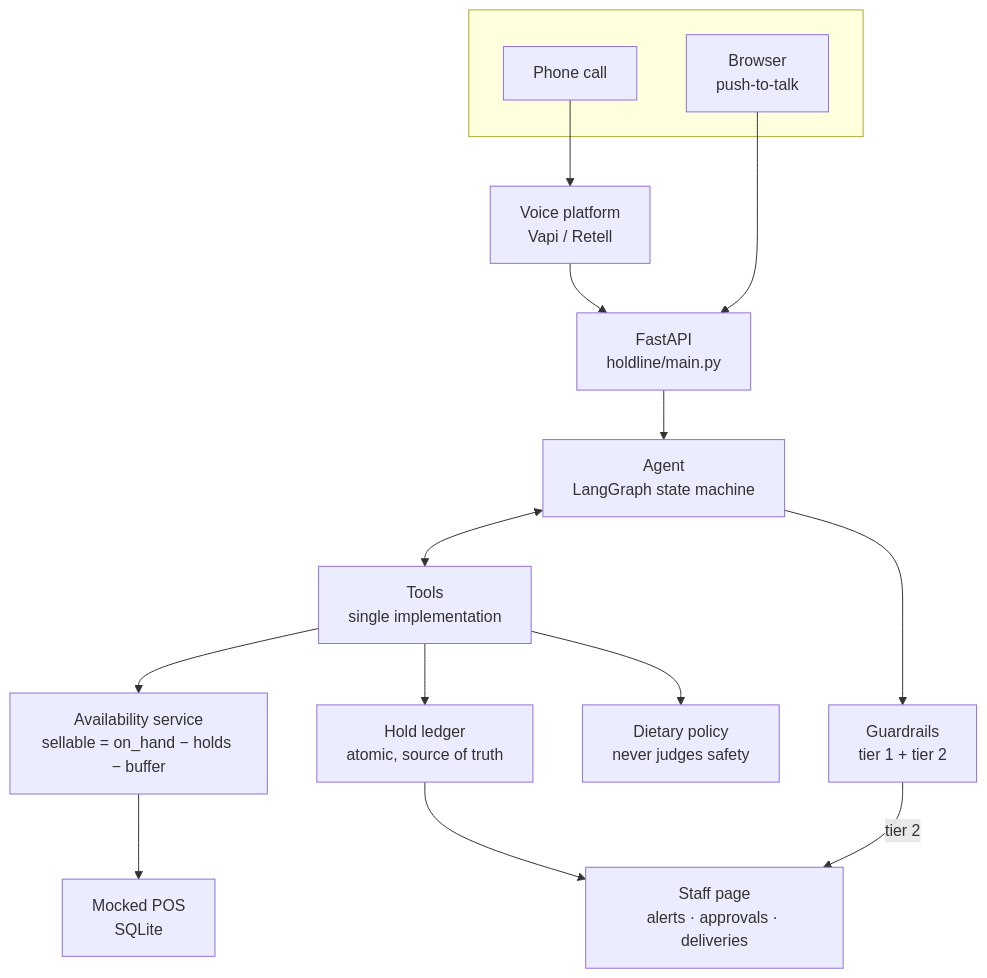
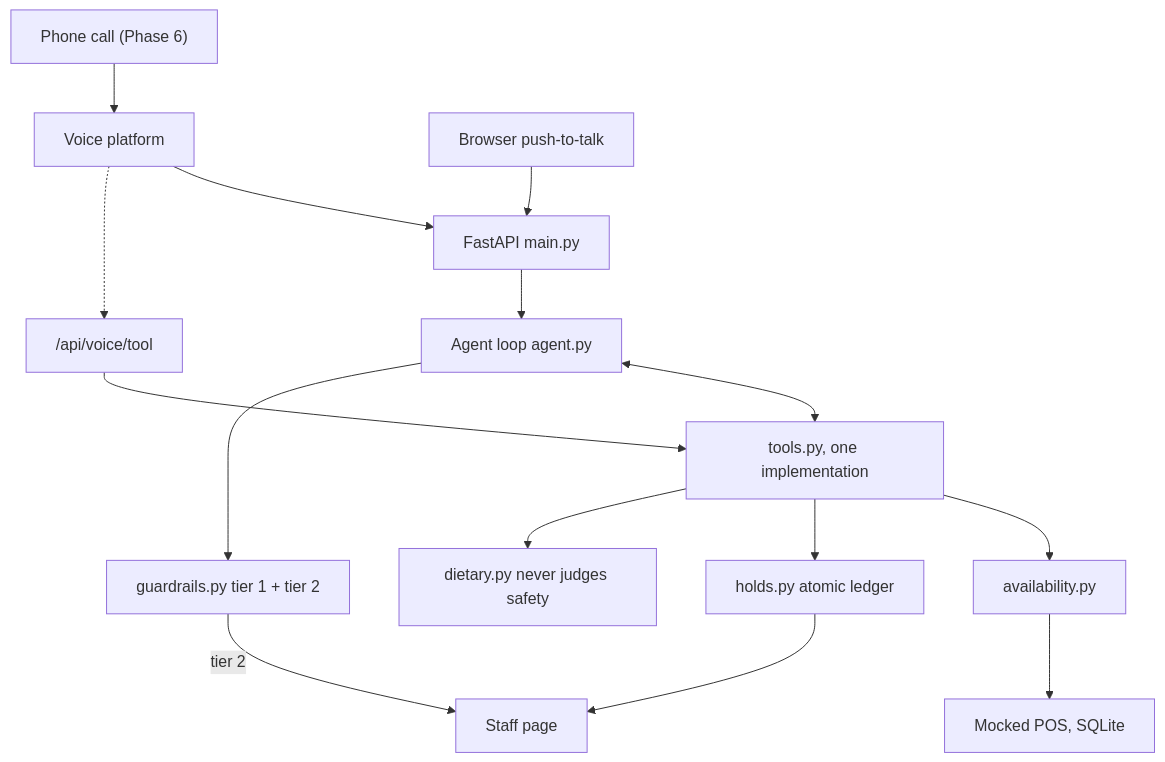
One commit to Bhavani-abhavi/Holdline changed the diagram in README.md. Above: the diagram before and after it, drawn with Mermaid. The commit also changed other lines of this file and 35 other files, not shown here.

````diff
--- a/README.md
+++ b/README.md
@@ -98,32 +49,13 @@
 ```mermaid
 flowchart TB
-    subgraph clients [" "]
-        PHONE["Phone call"]
-        BROWSER["Browser<br/>push-to-talk"]
-    end
-
-    VOICE["Voice platform<br/>Vapi / Retell"]
-    API["FastAPI<br/>holdline/main.py"]
-    AGENT["Agent<br/>LangGraph state machine"]
-    GUARD["Guardrails<br/>tier 1 + tier 2"]
-    TOOLS["Tools<br/>single implementation"]
-
-    AVAIL["Availability service<br/>sellable = on_hand − holds − buffer"]
-    LEDGER["Hold ledger<br/>atomic, source of truth"]
-    DIET["Dietary policy<br/>never judges safety"]
-    POS["Mocked POS<br/>SQLite"]
-
-    STAFF["Staff page<br/>alerts · approvals · deliveries"]
-
-    PHONE --> VOICE --> API
-    BROWSER --> API
-    API --> AGENT
-    AGENT <--> TOOLS
-    AGENT --> GUARD
-    GUARD -->|tier 2| STAFF
-    TOOLS --> AVAIL
-    TOOLS --> LEDGER
-    TOOLS --> DIET
-    AVAIL --> POS
-    LEDGER --> STAFF
+    PHONE["Phone call (Phase 6)"] --> VOICE["Voice platform"] --> API
+    BROWSER["Browser push-to-talk"] --> API["FastAPI main.py"]
+    API --> AGENT["Agent loop agent.py"]
+    AGENT <--> TOOLS["tools.py, one implementation"]
+    AGENT --> GUARD["guardrails.py tier 1 + tier 2"]
+    GUARD -->|tier 2| STAFF["Staff page"]
+    TOOLS --> AVAIL["availability.py"] --> POS["Mocked POS, SQLite"]
+    TOOLS --> LEDGER["holds.py atomic ledger"] --> STAFF
+    TOOLS --> DIET["dietary.py never judges safety"]
+    VOICE -.-> VT["/api/voice/tool"] --> TOOLS
 ```
````
